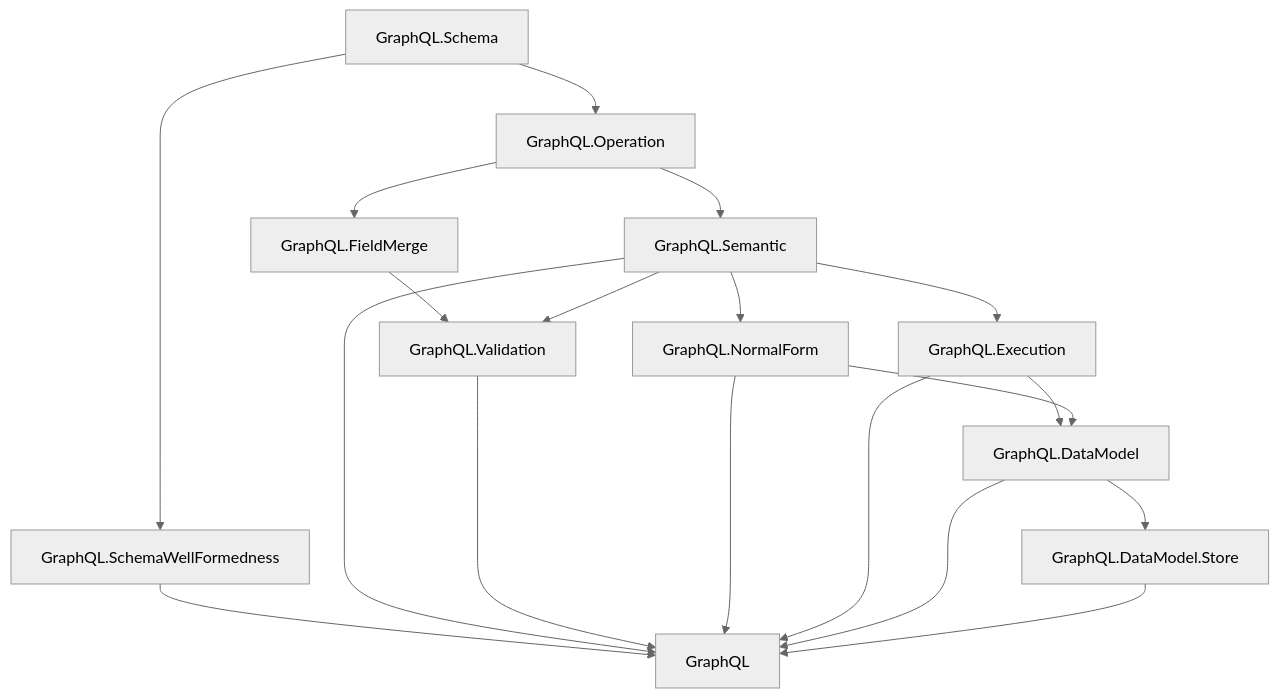
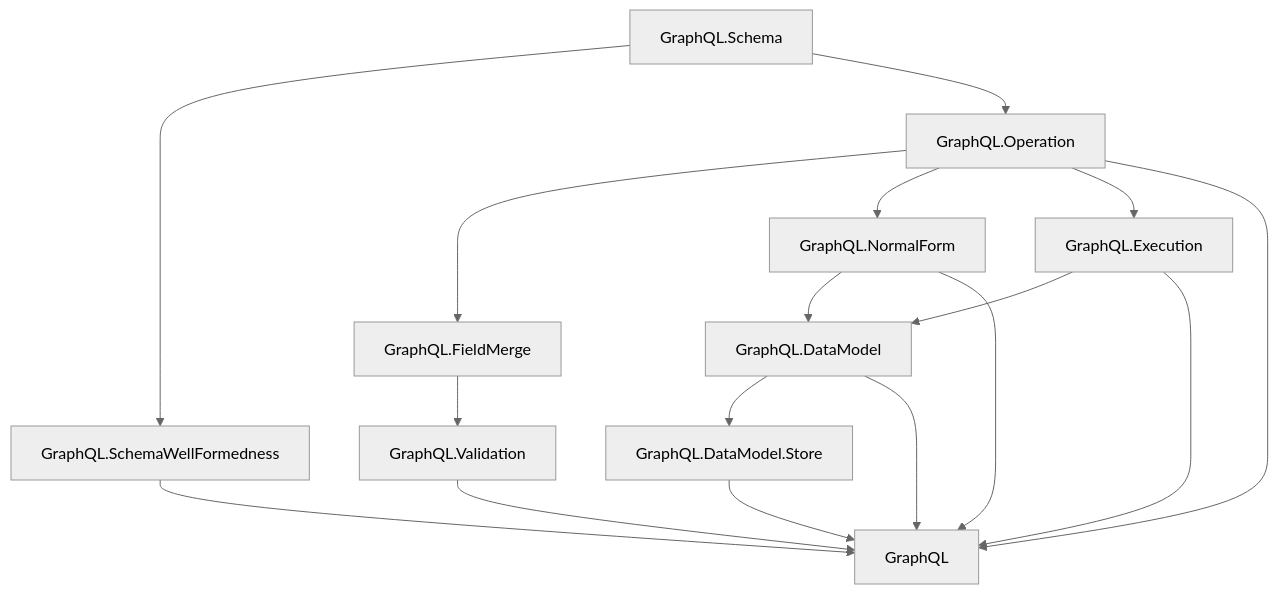
One commit to duckki/GraphQL.lean changed the diagram in docs/overview.md. Above: the diagram before and after it, drawn with Mermaid (neutral theme). The commit also changed other lines of this file and 12 other files, not shown here.

````diff
--- a/docs/overview.md
+++ b/docs/overview.md
@@ -11,34 +11,31 @@
 ```mermaid
 flowchart TD
   Schema["GraphQL.Schema"]
   SchemaWF["GraphQL.SchemaWellFormedness"]
   Operation["GraphQL.Operation"]
-  Semantic["GraphQL.Semantic"]
   FieldMerge["GraphQL.FieldMerge"]
   Validation["GraphQL.Validation"]
   NormalForm["GraphQL.NormalForm"]
   Execution["GraphQL.Execution"]
   DataModel["GraphQL.DataModel"]
   DataModelStore["GraphQL.DataModel.Store"]
   GraphQLRoot["GraphQL"]
 
   Schema --> SchemaWF
   Schema --> Operation
-  Operation --> Semantic
   Operation --> FieldMerge
+  Operation --> NormalForm
+  Operation --> Execution
   FieldMerge --> Validation
-  Semantic --> Validation
-  Semantic --> NormalForm
-  Semantic --> Execution
   Execution --> DataModel
   NormalForm --> DataModel
   DataModel --> DataModelStore
 
   SchemaWF --> GraphQLRoot
-  Semantic --> GraphQLRoot
+  Operation --> GraphQLRoot
   Validation --> GraphQLRoot
   NormalForm --> GraphQLRoot
   Execution --> GraphQLRoot
   DataModel --> GraphQLRoot
   DataModelStore --> GraphQLRoot
 ```
````
